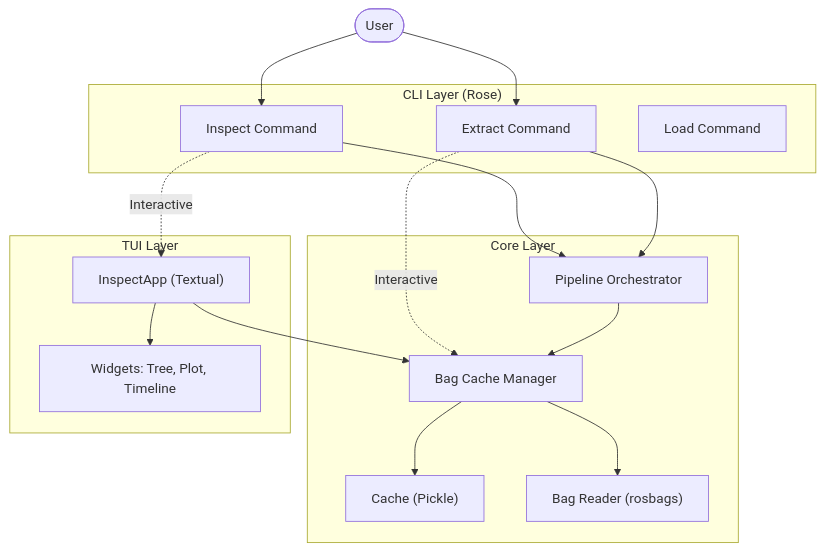
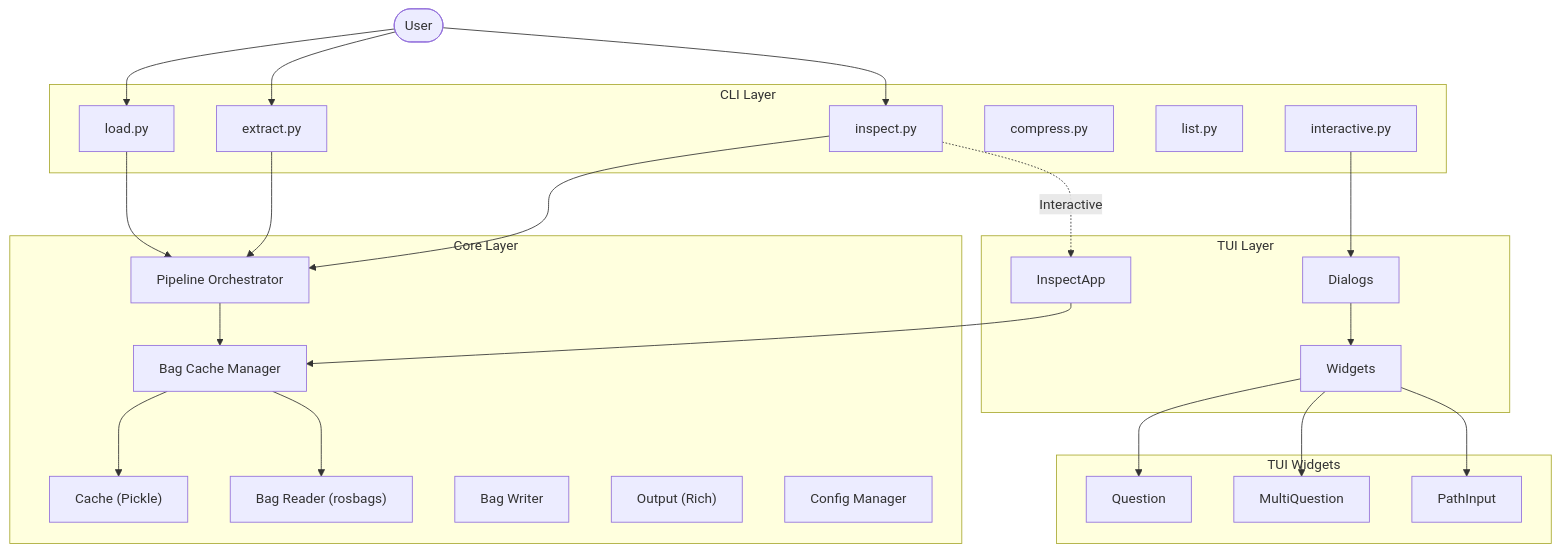
Before and after one commit to hanxiaomax/rose: the first of 2 diagrams in docs/architecture.md, drawn with Mermaid. The commit also changed other lines of this file and 5 other files, not shown here.

````diff
--- a/docs/architecture.md
+++ b/docs/architecture.md
@@ -14,37 +14,56 @@
 ```mermaid
 graph TD
     User(["User"])
     
-    subgraph "CLI Layer (Rose)"
-        CmdInspect["Inspect Command"]
-        CmdExtract["Extract Command"]
-        CmdLoad["Load Command"]
+    subgraph "CLI Layer"
+        CmdInspect["inspect.py"]
+        CmdExtract["extract.py"]
+        CmdLoad["load.py"]
+        CmdCompress["compress.py"]
+        CmdList["list.py"]
+        Interactive["interactive.py"]
     end
     
     subgraph "Core Layer"
         Orchestrator["Pipeline Orchestrator"]
         Cache["Cache (Pickle)"]
         BagMgr["Bag Cache Manager"]
         Reader["Bag Reader (rosbags)"]
+        Writer["Bag Writer"]
+        Output["Output (Rich)"]
+        Config["Config Manager"]
     end
     
     subgraph "TUI Layer"
-        InspectApp["InspectApp (Textual)"]
-        Widgets["Widgets: Tree, Plot, Timeline"]
+        InspectApp["InspectApp"]
+        Dialogs["Dialogs"]
+        Widgets["Widgets"]
+    end
+    
+    subgraph "TUI Widgets"
+        Question["Question"]
+        MultiQuestion["MultiQuestion"]
+        PathInput["PathInput"]
     end
     
     User --> CmdInspect
     User --> CmdExtract
+    User --> CmdLoad
     
     CmdInspect --> Orchestrator
     CmdExtract --> Orchestrator
-    CmdExtract -.->|Interactive| BagMgr
+    CmdLoad --> Orchestrator
+    
+    Interactive --> Dialogs
+    Dialogs --> Widgets
+    Widgets --> Question
+    Widgets --> MultiQuestion
+    Widgets --> PathInput
     
     Orchestrator --> BagMgr
     BagMgr --> Cache
     BagMgr --> Reader
     
     CmdInspect -.->|Interactive| InspectApp
     InspectApp --> BagMgr
-    InspectApp --> Widgets
 ```
````
